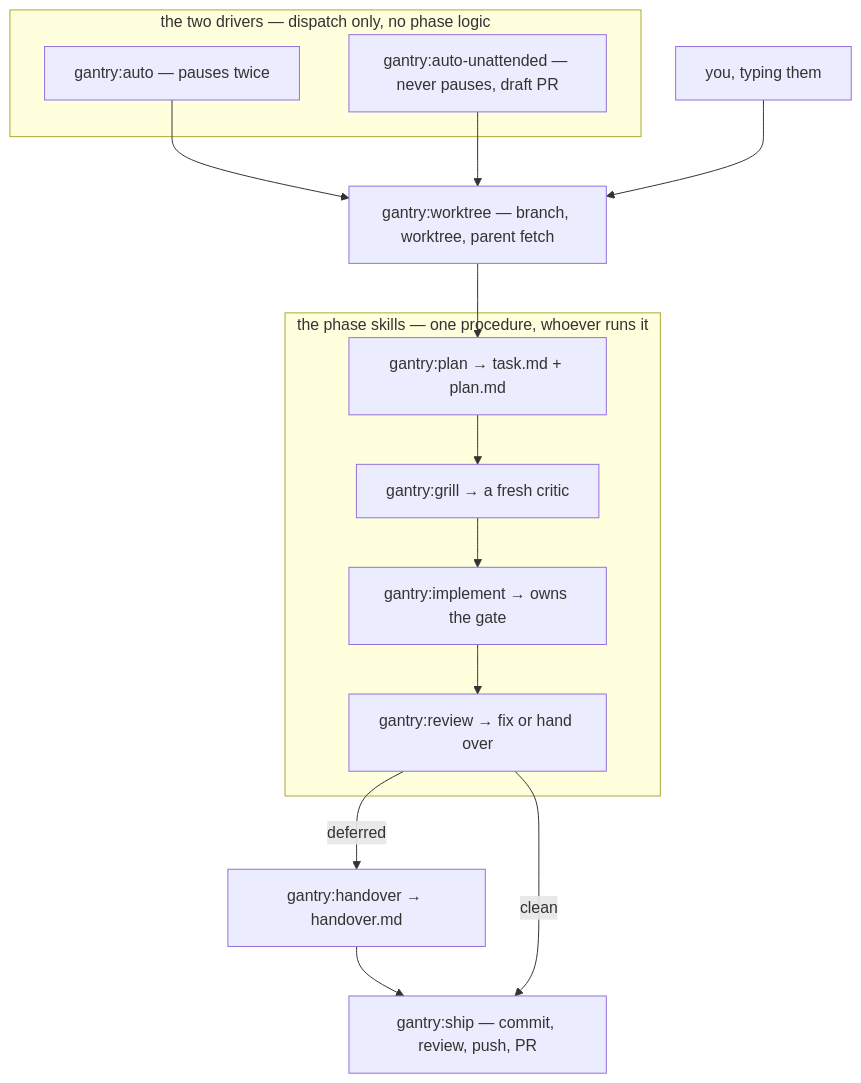
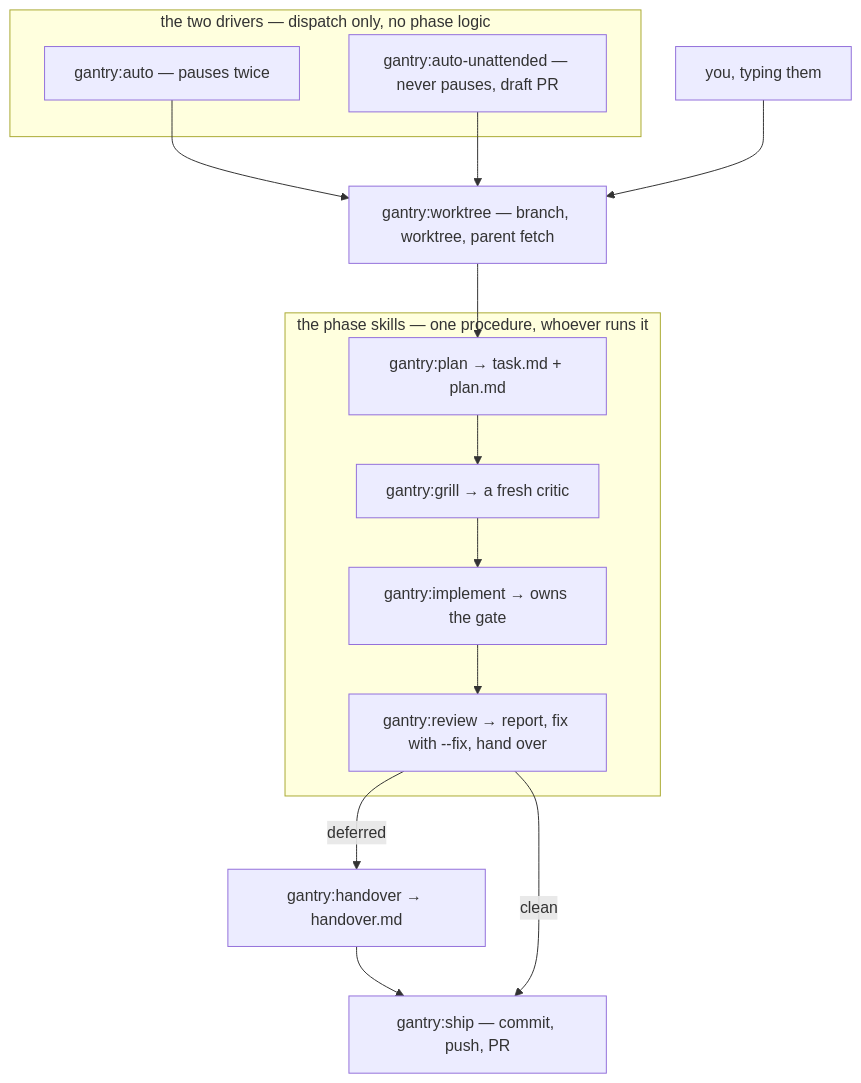
One commit to kostya-epifanov/claude-gantry changed the first of 2 diagrams in docs/ARCHITECTURE.md. Above: the diagram before and after it, drawn with Mermaid. The commit also changed 7 other files, not shown here.

````diff
--- a/docs/ARCHITECTURE.md
+++ b/docs/ARCHITECTURE.md
@@ -59,20 +59,20 @@
 ```mermaid
 flowchart TB
   subgraph drivers ["the two drivers — dispatch only, no phase logic"]
     A["gantry:auto — pauses twice"]
     U["gantry:auto-unattended — never pauses, draft PR"]
   end
   subgraph chain ["the phase skills — one procedure, whoever runs it"]
     P["gantry:plan → task.md + plan.md"] --> GR["gantry:grill → a fresh critic"]
     GR --> I["gantry:implement → owns the gate"]
-    I --> RV["gantry:review → fix or hand over"]
+    I --> RV["gantry:review → report, fix with --fix, hand over"]
   end
   W["gantry:worktree — branch, worktree, parent fetch"] --> P
   H["gantry:handover → handover.md"]
-  S["gantry:ship — commit, review, push, PR"]
+  S["gantry:ship — commit, push, PR"]
   A --> W
   U --> W
   You["you, typing them"] --> W
   RV -- "deferred" --> H --> S
   RV -- "clean" --> S
 ```
````
